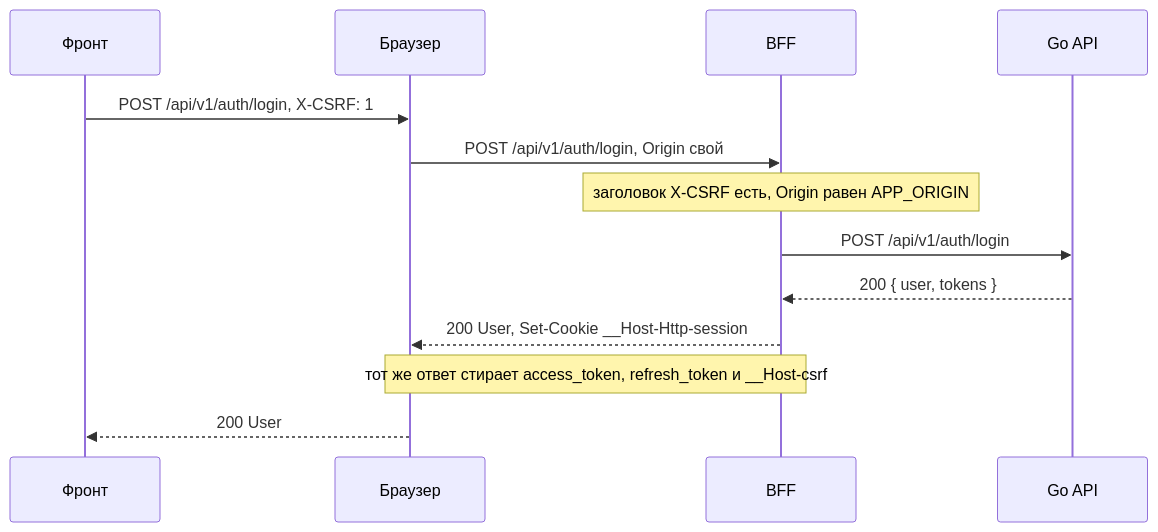
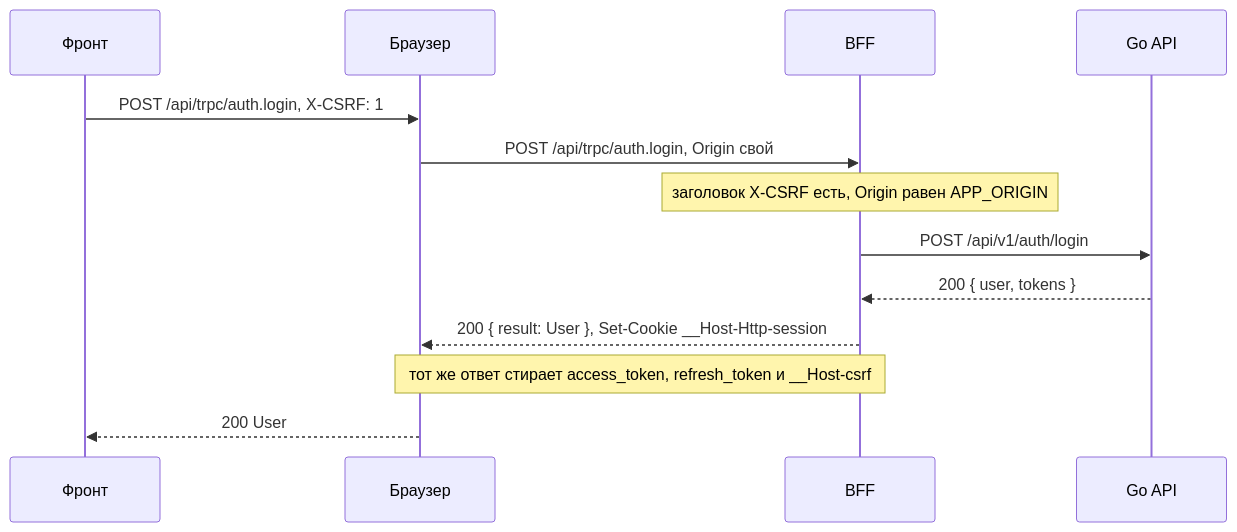
The first of 10 diagrams in site/modules/2026-10/tracks/bff/auth.md (Cringe-Driven-Development-Team/docs), drawn with Mermaid before and after one commit. The commit also changed other lines of this file and 1 other file, not shown here.

````diff
--- a/site/modules/2026-10/tracks/bff/auth.md
+++ b/site/modules/2026-10/tracks/bff/auth.md
@@ -139,15 +141,15 @@
 ```mermaid
 sequenceDiagram
   participant F as Фронт
   participant B as Браузер
   participant P as BFF
   participant A as Go API
-  F->>B: POST /api/v1/auth/login, X-CSRF: 1
-  B->>P: POST /api/v1/auth/login, Origin свой
+  F->>B: POST /api/trpc/auth.login, X-CSRF: 1
+  B->>P: POST /api/trpc/auth.login, Origin свой
   Note over P: заголовок X-CSRF есть, Origin равен APP_ORIGIN
   P->>A: POST /api/v1/auth/login
   A-->>P: 200 { user, tokens }
-  P-->>B: 200 User, Set-Cookie __Host-Http-session
+  P-->>B: 200 { result: User }, Set-Cookie __Host-Http-session
   Note over P,B: тот же ответ стирает access_token, refresh_token и __Host-csrf
   B-->>F: 200 User
 ```
````
